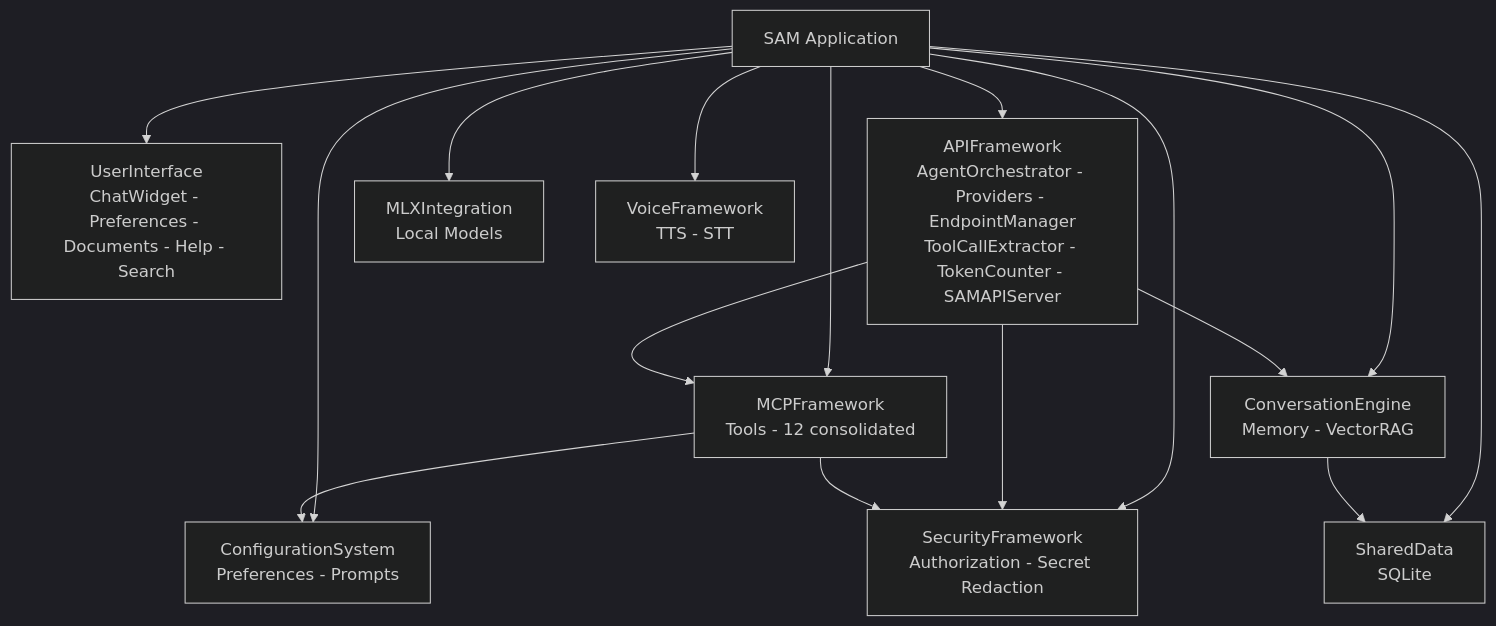
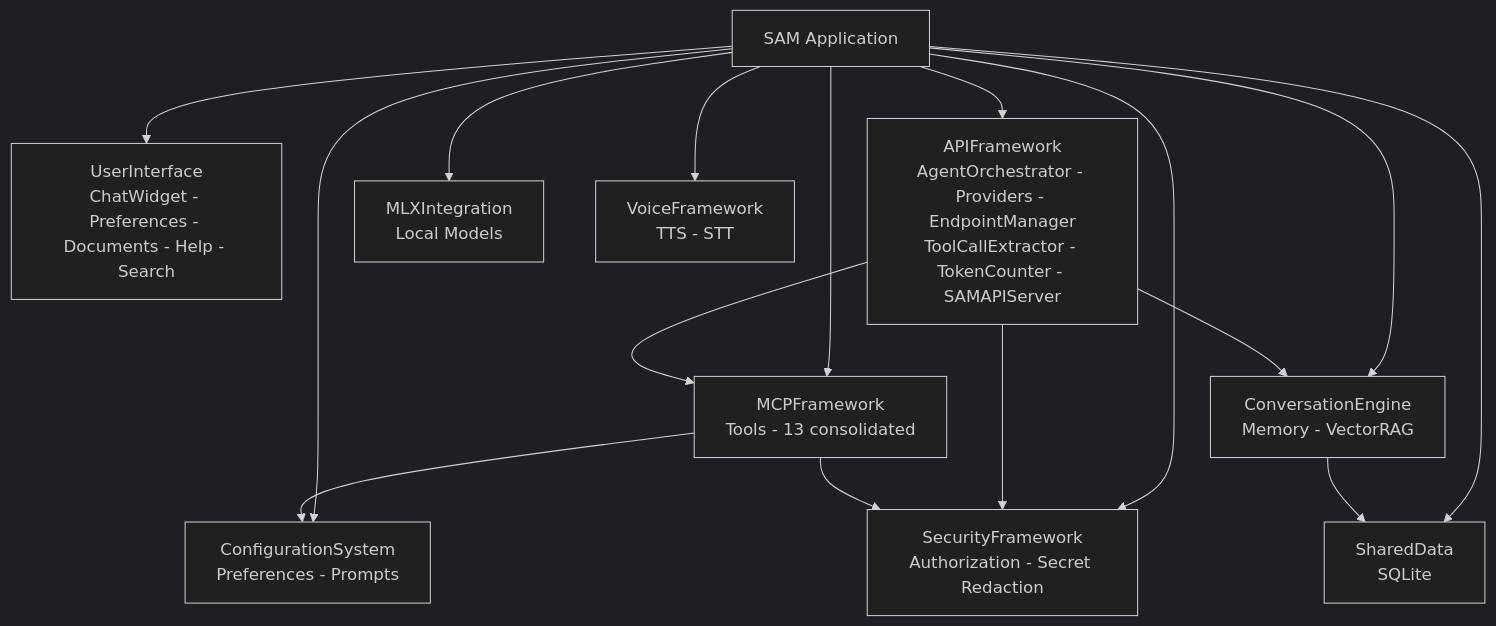
One commit to SyntheticAutonomicMind/SAM changed the first of 3 diagrams in docs/ARCHITECTURE.md. Above: the diagram before and after it, drawn with Mermaid (dark theme). The commit also changed other lines of this file and 21 other files, not shown here.

````diff
--- a/docs/ARCHITECTURE.md
+++ b/docs/ARCHITECTURE.md
@@ -17,30 +17,30 @@
 ```mermaid
 graph TB
     UI["UserInterface<br/>ChatWidget - Preferences - Documents - Help - Search"]
     API["APIFramework<br/>AgentOrchestrator - Providers - EndpointManager<br/>ToolCallExtractor - TokenCounter - SAMAPIServer"]
-    MCP["MCPFramework<br/>Tools - 12 consolidated"]
+    MCP["MCPFramework<br/>Tools - 13 consolidated"]
     CONV["ConversationEngine<br/>Memory - VectorRAG"]
     CONFIG["ConfigurationSystem<br/>Preferences - Prompts"]
     MLX["MLXIntegration<br/>Local Models"]
     VOICE["VoiceFramework<br/>TTS - STT"]
     SHARED["SharedData<br/>SQLite"]
     SECURITY["SecurityFramework<br/>Authorization - Secret Redaction"]
     MAIN["SAM Application"]
     
     MAIN --> UI
     MAIN --> API
     MAIN --> MCP
     MAIN --> CONV
     MAIN --> CONFIG
     MAIN --> MLX
     MAIN --> VOICE
     MAIN --> SHARED
     MAIN --> SECURITY
     
     API --> MCP
     API --> CONV
     API --> SECURITY
     MCP --> SECURITY
     CONV --> SHARED
     MCP --> CONFIG
 ```
````
